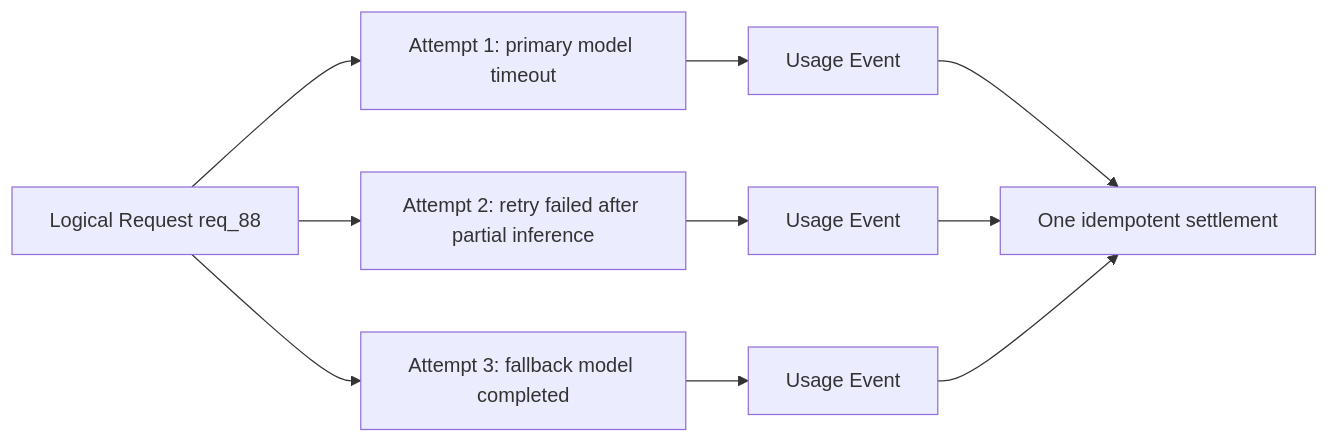
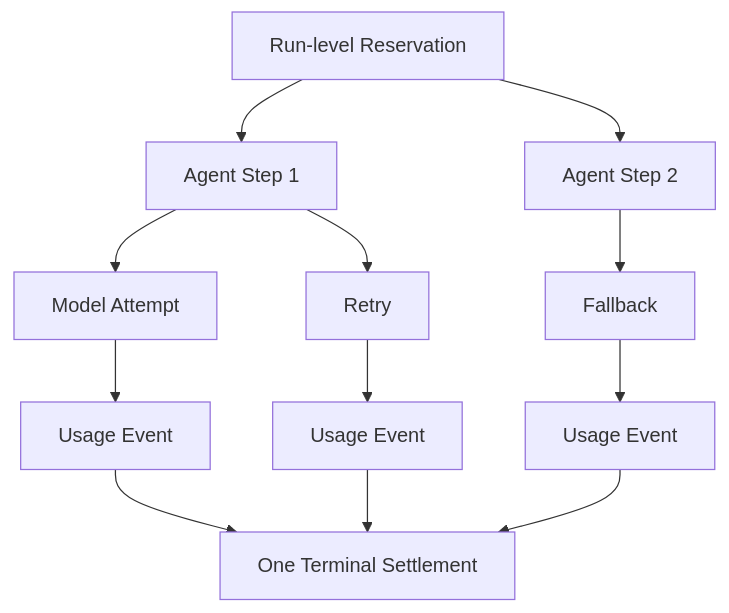
One commit to MJohnstonAI/ai-billing-delegation changed the fourth of 11 diagrams in FLOWS.md. Above: the diagram before and after it, drawn with Mermaid. The commit also changed other lines of this file, not shown here.

Commit message:
docs: add ABDS v0.6 evidence and reconciliation flows

````diff
--- a/FLOWS.md
+++ b/FLOWS.md
@@ -65,12 +72,14 @@
 ```mermaid
-flowchart LR
-    R[Logical Request req_88] --> A1[Attempt 1: primary model timeout]
-    R --> A2[Attempt 2: retry failed after partial inference]
-    R --> A3[Attempt 3: fallback model completed]
+flowchart TD
+    RR[Run-level Reservation] --> S1[Agent Step 1]
+    RR --> S2[Agent Step 2]
+    S1 --> A1[Model Attempt]
+    S1 --> A2[Retry]
+    S2 --> A3[Fallback]
     A1 --> U1[Usage Event]
     A2 --> U2[Usage Event]
     A3 --> U3[Usage Event]
-    U1 --> S[One idempotent settlement]
-    U2 --> S
-    U3 --> S
+    U1 --> ST[One Terminal Settlement]
+    U2 --> ST
+    U3 --> ST
 ```
````
